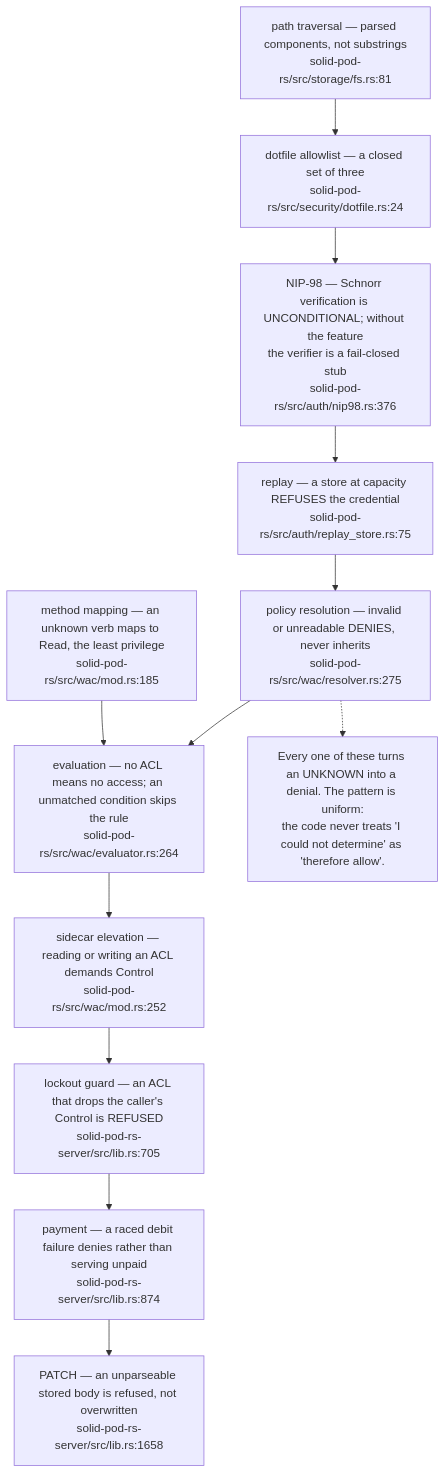
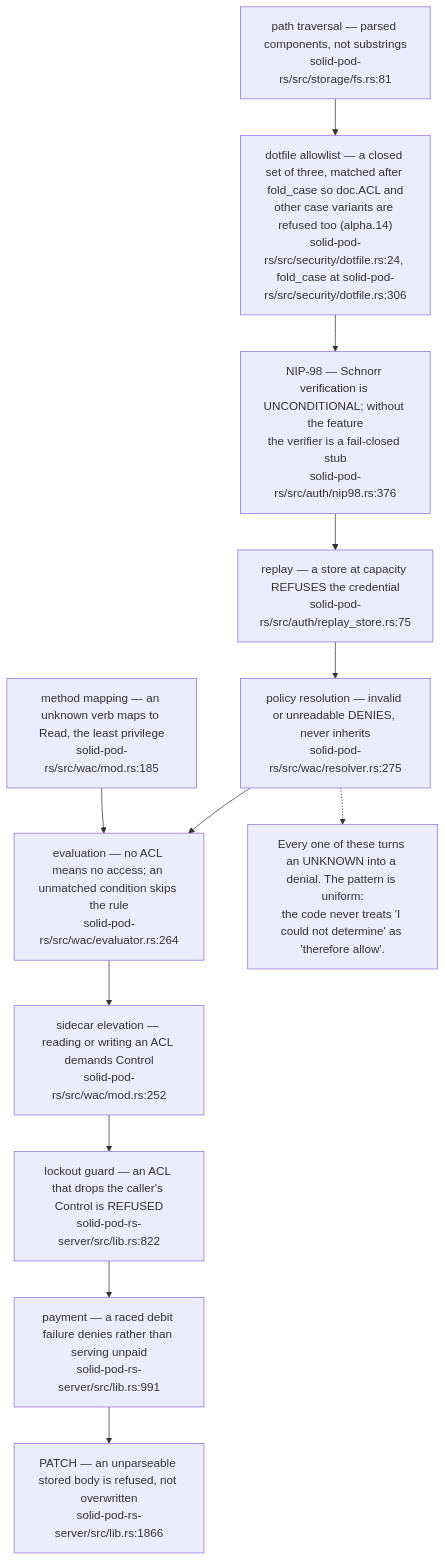
The second of 12 diagrams in docs/diagrams/solid-pod-rs/10-failure-modes-and-invariants.md (DreamLab-AI/VisionFlow), drawn with Mermaid before and after one commit. The commit also changed other lines of this file and 160 other files, not shown here.

````diff
--- a/docs/diagrams/solid-pod-rs/10-failure-modes-and-invariants.md
+++ b/docs/diagrams/solid-pod-rs/10-failure-modes-and-invariants.md
@@ -71,20 +73,20 @@
 ```mermaid
 flowchart TD
     A["path traversal — parsed components, not substrings<br/>solid-pod-rs/src/storage/fs.rs:81"]
-    B["dotfile allowlist — a closed set of three<br/>solid-pod-rs/src/security/dotfile.rs:24"]
+    B["dotfile allowlist — a closed set of three, matched after fold_case so doc.ACL and<br/>other case variants are refused too (alpha.14)<br/>solid-pod-rs/src/security/dotfile.rs:24, fold_case at solid-pod-rs/src/security/dotfile.rs:306"]
     C["NIP-98 — Schnorr verification is UNCONDITIONAL; without the feature<br/>the verifier is a fail-closed stub<br/>solid-pod-rs/src/auth/nip98.rs:376"]
     D["replay — a store at capacity REFUSES the credential<br/>solid-pod-rs/src/auth/replay_store.rs:75"]
     E["policy resolution — invalid or unreadable DENIES, never inherits<br/>solid-pod-rs/src/wac/resolver.rs:275"]
     F["evaluation — no ACL means no access; an unmatched condition skips the rule<br/>solid-pod-rs/src/wac/evaluator.rs:264"]
     G["sidecar elevation — reading or writing an ACL demands Control<br/>solid-pod-rs/src/wac/mod.rs:252"]
-    H["lockout guard — an ACL that drops the caller's Control is REFUSED<br/>solid-pod-rs-server/src/lib.rs:705"]
-    I["payment — a raced debit failure denies rather than serving unpaid<br/>solid-pod-rs-server/src/lib.rs:874"]
-    J["PATCH — an unparseable stored body is refused, not overwritten<br/>solid-pod-rs-server/src/lib.rs:1658"]
+    H["lockout guard — an ACL that drops the caller's Control is REFUSED<br/>solid-pod-rs-server/src/lib.rs:822"]
+    I["payment — a raced debit failure denies rather than serving unpaid<br/>solid-pod-rs-server/src/lib.rs:991"]
+    J["PATCH — an unparseable stored body is refused, not overwritten<br/>solid-pod-rs-server/src/lib.rs:1866"]
     K["method mapping — an unknown verb maps to Read, the least privilege<br/>solid-pod-rs/src/wac/mod.rs:185"]
 
     A --> B --> C --> D --> E --> F --> G --> H --> I --> J
     K --> F
 
     N["Every one of these turns an UNKNOWN into a denial. The pattern is uniform:<br/>the code never treats 'I could not determine' as 'therefore allow'."]
     E -.-> N
 ```
````
